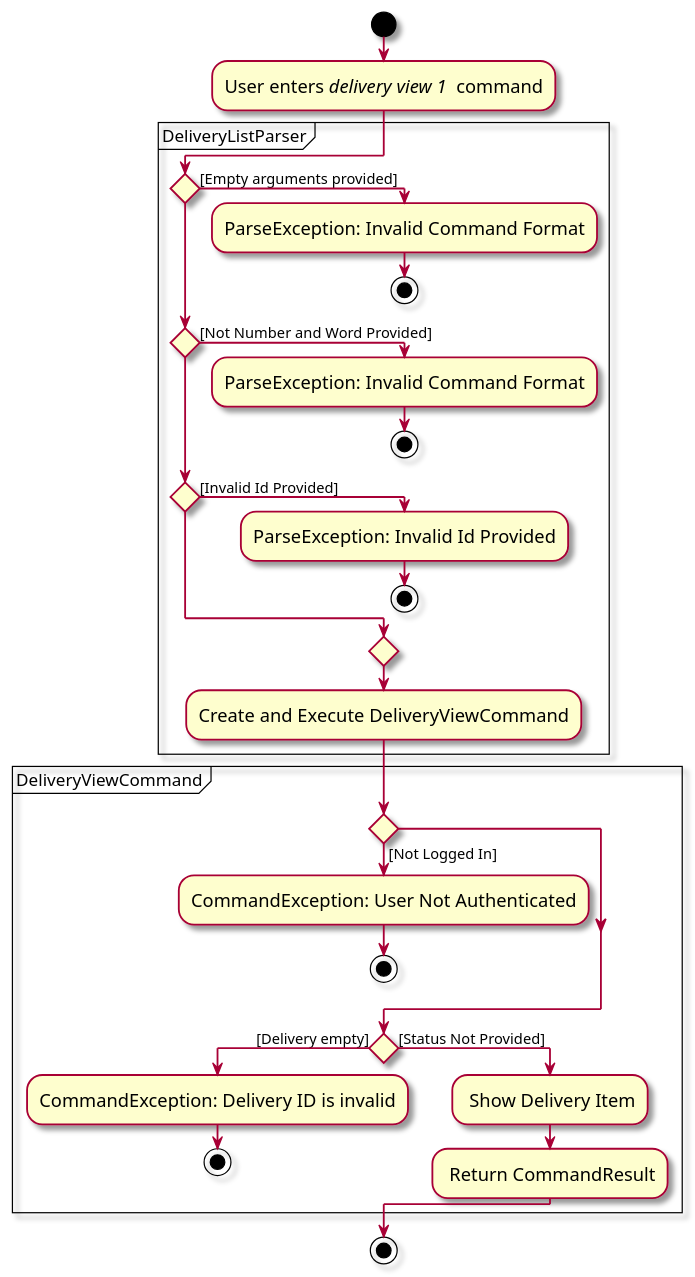
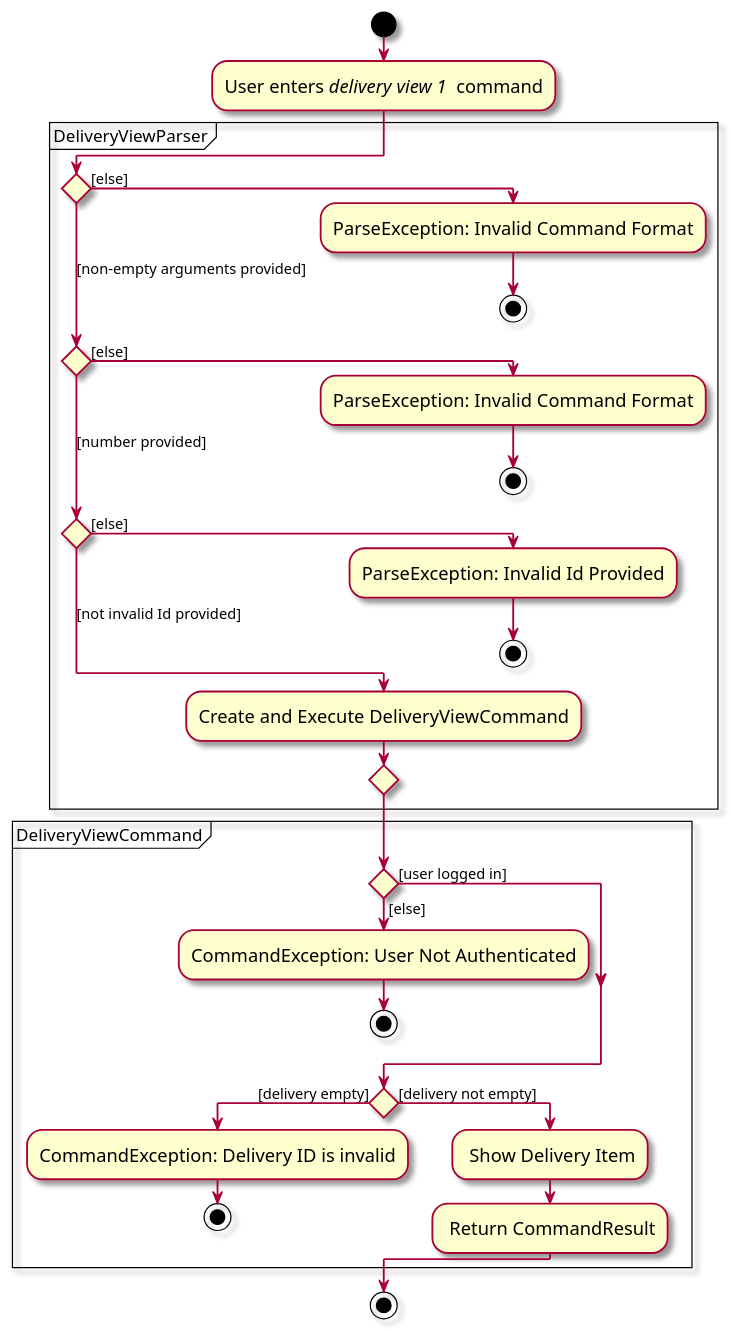
Before and after one commit to zhonghan721/tp: the diagram in docs/diagrams/implementation/delivery/DeliveryViewActivityDiagram.puml, drawn with PlantUML. The commit also changed 1 other file, not shown here.

Commit message:
Fix branch activity diagram

```diff
--- a/docs/diagrams/implementation/delivery/DeliveryViewActivityDiagram.puml
+++ b/docs/diagrams/implementation/delivery/DeliveryViewActivityDiagram.puml
@@ -1,39 +1,41 @@
 @startuml
 skin rose
 skinparam ActivityFontSize 15
 skinparam ArrowFontSize 12
 
 !pragma useVerticalIf on
 start
 :User enters <i>delivery view 1 </i> command;
-partition DeliveryListParser {
-    if () then ([Empty arguments provided])
+partition DeliveryViewParser {
+    if () then ([else])
         :ParseException: Invalid Command Format;
         stop
-    elseif () then ([Not Number and Word Provided])
+    ([non-empty arguments provided]) elseif () then ([else])
         :ParseException: Invalid Command Format;
         stop
-    elseif () then ([Invalid Id Provided])
+    ([number provided]) elseif () then ([else])
         :ParseException: Invalid Id Provided;
         stop
-    endif
-    :Create and Execute DeliveryViewCommand;
+    else ([not invalid Id provided])
+        :Create and Execute DeliveryViewCommand;
+        endif
 }
 
 partition DeliveryViewCommand {
-    if () then ([Not Logged In])
+    if () then ([else])
         :CommandException: User Not Authenticated;
         stop
+        else ([user logged in])
     endif
-    if () then ([Delivery empty])
+    if () then ([delivery empty])
         :CommandException: Delivery ID is invalid;
         stop
-    else ([Status Not Provided])
+    else ([delivery not empty])
         : Show Delivery Item;
         : Return CommandResult;
     endif
 }
 
 stop
 
 @enduml
```
